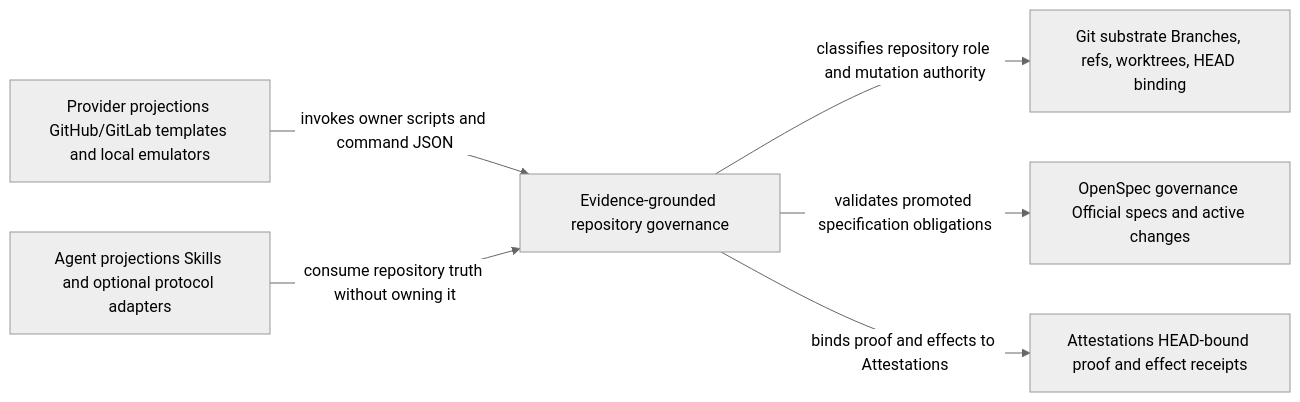
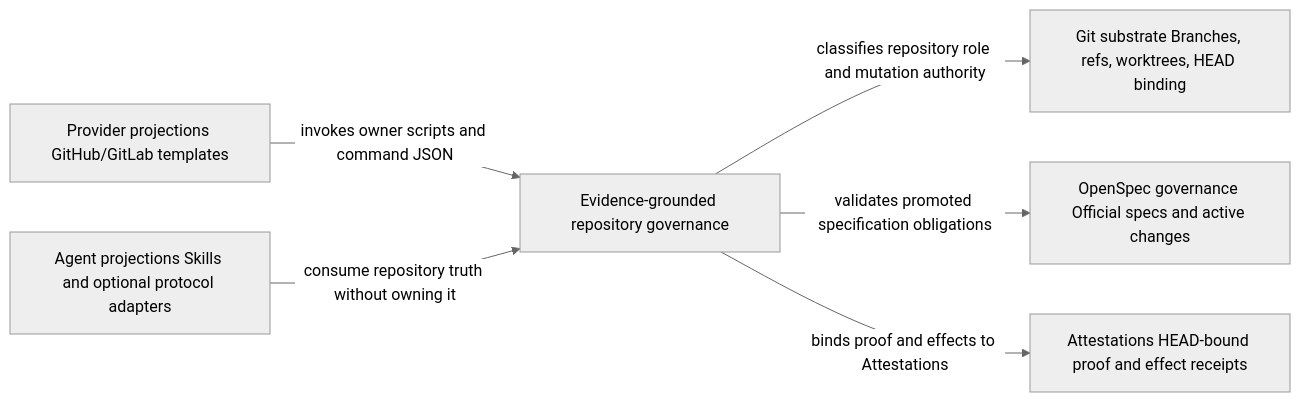
Before and after one commit to HengYangDS/ethos: the diagram in docs/architecture/_generated/ethos-repository.mmd, drawn with Mermaid (neutral theme). The commit also changed 18 other files, not shown here.

First line of the commit message:
refactor(ci): retire local provider emulation

```diff
--- a/docs/architecture/_generated/ethos-repository.mmd
+++ b/docs/architecture/_generated/ethos-repository.mmd
@@ -1,13 +1,13 @@
 %% Generated from docs/architecture/models/ethos-repository.c4. Do not edit by hand.
 flowchart LR
   ETHOS["Evidence-grounded repository governance"]
   Git["Git substrate Branches, refs, worktrees, HEAD binding"]
   OpenSpec["OpenSpec governance Official specs and active changes"]
   Evidence["Attestations HEAD-bound proof and effect receipts"]
-  CI["Provider projections GitHub/GitLab templates and local emulators"]
+  CI["Provider projections GitHub/GitLab templates"]
   Agents["Agent projections Skills and optional protocol adapters"]
   ETHOS -->|"classifies repository role and mutation authority"| Git
   ETHOS -->|"validates promoted specification obligations"| OpenSpec
   ETHOS -->|"binds proof and effects to Attestations"| Evidence
   CI -->|"invokes owner scripts and command JSON"| ETHOS
   Agents -->|"consume repository truth without owning it"| ETHOS
```
